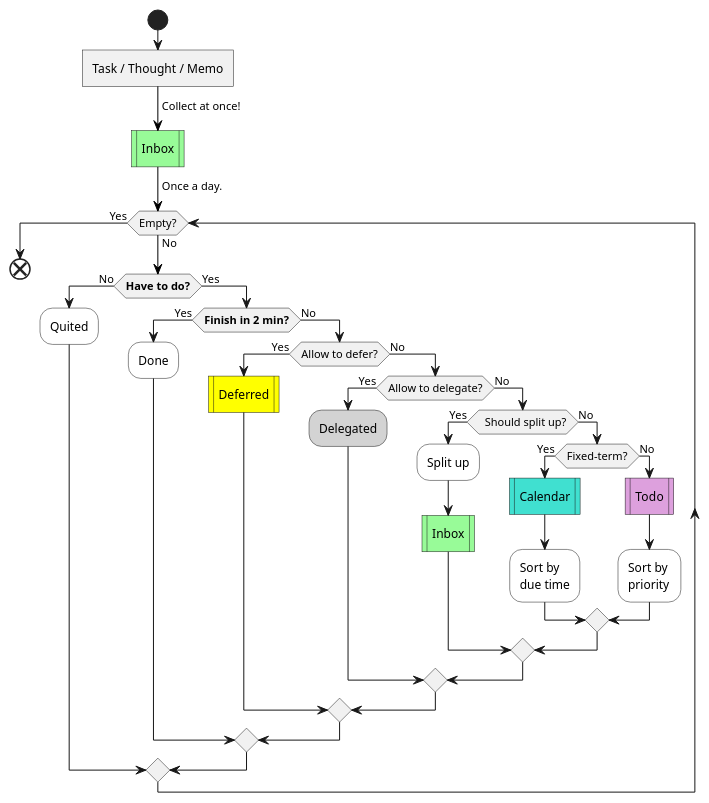
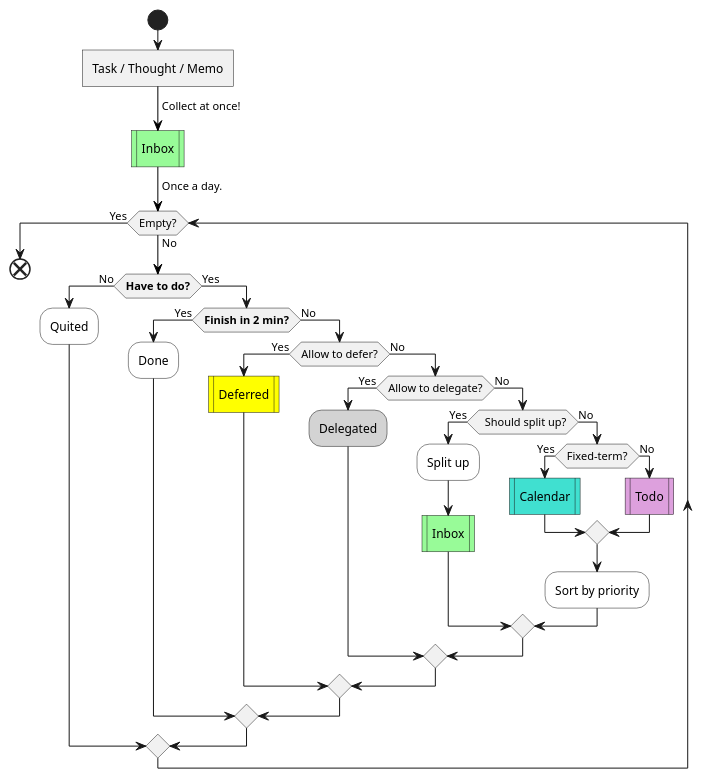
Before and after one commit to IceHe/icehe-lib: the fifth of 9 diagrams in snips/principles/gtd.md, drawn with PlantUML. The commit also changed other lines of this file and 1 other file, not shown here.

````diff
--- a/snips/principles/gtd.md
+++ b/snips/principles/gtd.md
@@ -153,42 +153,39 @@
 ```plantuml
 @startuml
 start
 :Task / Thought / Memo]
 -[#black]-> Collect at once!;
 #paleGreen:Inbox|
 -[#black]-> Once a day.;
 while (Empty?) is (No)
     if (**Have to do?**) then (No)
         #white:Quited;
     else (Yes)
         if (**Finish in 2 min?**) then (Yes)
             #white:Done;
         else (No)
             if (Allow to defer?) then (Yes)
-                '#white:Deferred;
                 #yellow:Deferred|
             else (No)
                 if (Allow to delegate?) then (Yes)
                     #lightGray:Delegated;
                 else (No)
                     if (  Should split up?) then (Yes)
                         #white:Split up;
                         #paleGreen:Inbox|
                     else (No)
                         if (Fixed-term?) then (Yes)
-                            '#white:Due Dated;
                             #turquoise:Calendar|
-                            #white:Sort by \ndue time;
                         else (No)
                             #plum:Todo|
-                            #white:Sort by \npriority;
                         endif
+                        #white:Sort by priority;
                     endif
                 endif
             endif
         endif
     endif
 endwhile (Yes)
 end
 @enduml
 ```
````
